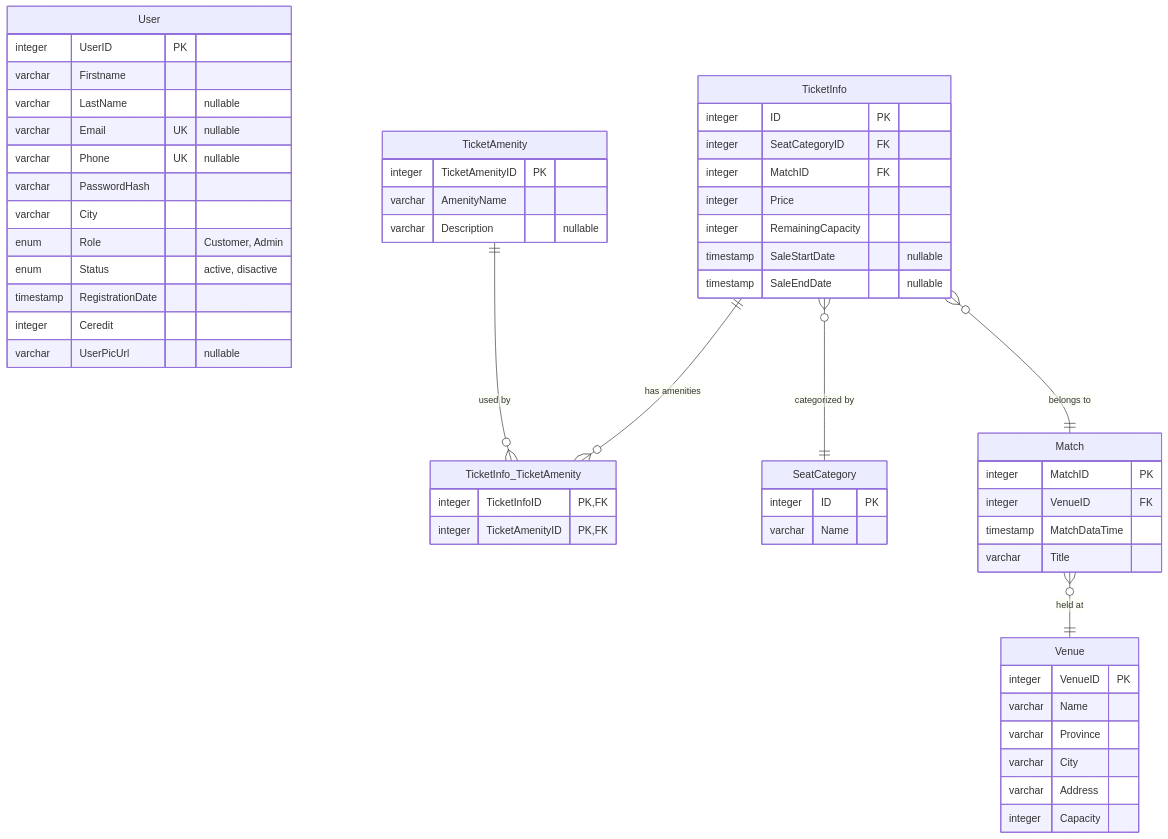
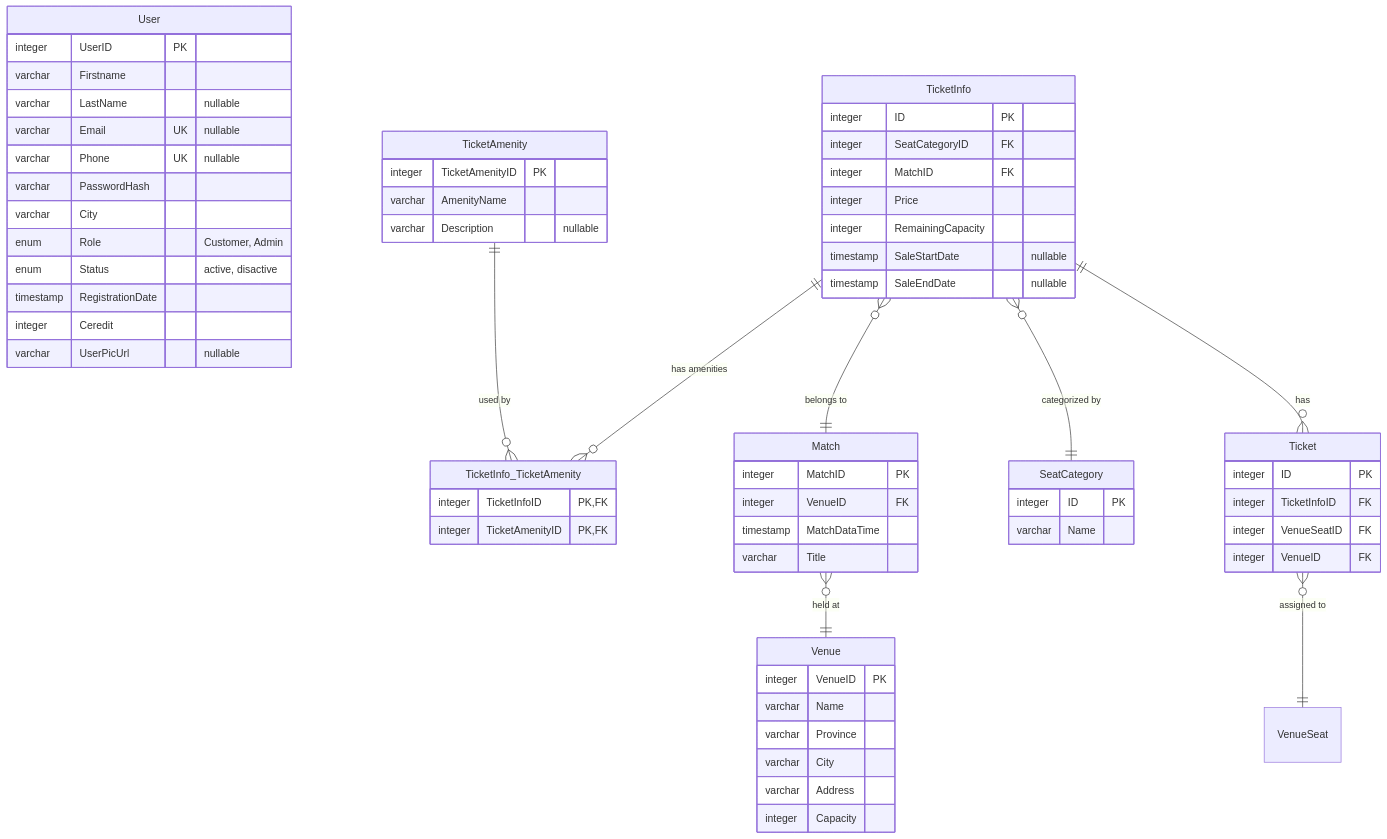
Before and after one commit to smhhd/BookTheGame: the diagram in sql.mmd, drawn with Mermaid.

Commit message:
Ticket table created for every seat available for sale in a match

```diff
--- a/sql.mmd
+++ b/sql.mmd
@@ -1,66 +1,76 @@
 erDiagram
     User {
         integer UserID PK
         varchar Firstname
         varchar LastName "nullable"
         varchar Email UK "nullable"
         varchar Phone UK "nullable"
         varchar PasswordHash
         varchar City
         enum Role "Customer, Admin"
         enum Status "active, disactive"
         timestamp RegistrationDate
         integer Ceredit
         varchar UserPicUrl "nullable"
     }
 
     TicketInfo {
         integer ID PK
         integer SeatCategoryID FK
         integer MatchID FK
         integer Price
         integer RemainingCapacity
         timestamp SaleStartDate "nullable"
         timestamp SaleEndDate "nullable"
     }
 
     TicketAmenity {
         integer TicketAmenityID PK
         varchar AmenityName
         varchar Description "nullable"
     }
 
     TicketInfo_TicketAmenity {
         integer TicketInfoID PK,FK
         integer TicketAmenityID PK,FK
     }
 
+    Ticket {
+        integer ID PK
+        integer TicketInfoID FK
+        integer VenueSeatID FK
+        integer VenueID FK
+    }
+
     SeatCategory {
         integer ID PK
         varchar Name
     }
 
     Match {
         integer MatchID PK
         integer VenueID FK
         timestamp MatchDataTime
         varchar Title
     }
     Venue {
         integer VenueID PK
         varchar Name
         varchar Province
         varchar City
         varchar Address
         integer Capacity
     }
 
 
 
     %% Relationships
     TicketInfo }o--|| Match : "belongs to"
     TicketInfo }o--|| SeatCategory : "categorized by"
+    TicketInfo ||--o{ Ticket : "has"
     TicketInfo ||--o{ TicketInfo_TicketAmenity : "has amenities"
     TicketAmenity ||--o{ TicketInfo_TicketAmenity : "used by"
 
+    Ticket }o--|| VenueSeat : "assigned to"
+
     Match }o--|| Venue : "held at"
```
